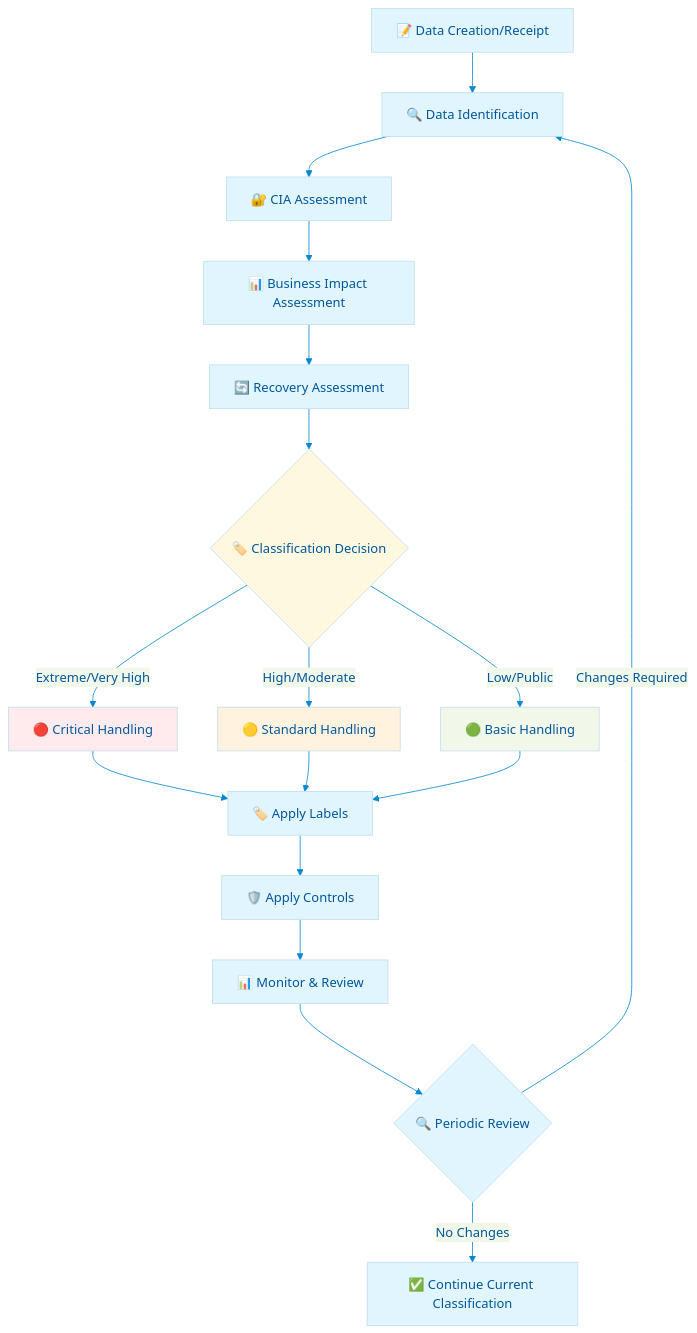
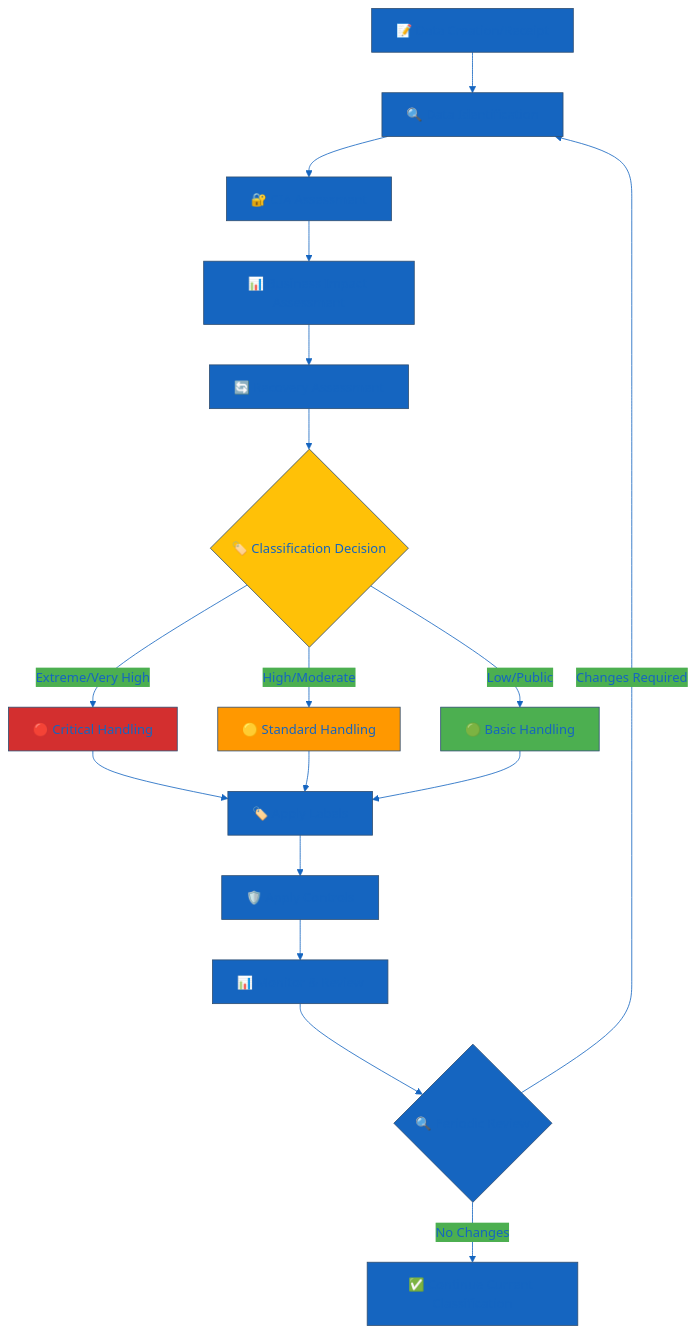
Before and after one commit to Hack23/ISMS-PUBLIC: the fifth of 10 diagrams in Data_Classification_Policy.md, drawn with Mermaid. The commit also changed other lines of this file and 35 other files, not shown here.

````diff
--- a/Data_Classification_Policy.md
+++ b/Data_Classification_Policy.md
@@ -378,41 +378,41 @@
 ```mermaid
 %%{
   init: {
     'theme': 'base',
     'themeVariables': {
-      'primaryColor': '#e1f5fe',
-      'primaryTextColor': '#01579b',
-      'lineColor': '#0288d1',
-      'secondaryColor': '#f1f8e9',
-      'tertiaryColor': '#fff8e1'
+      'primaryColor': '#1565C0',
+      'primaryTextColor': '#1565C0',
+      'lineColor': '#1565C0',
+      'secondaryColor': '#4CAF50',
+      'tertiaryColor': '#FFC107'
     }
   }
 }%%
 flowchart TD
     START[📝 Data Creation/Receipt] --> IDENTIFY[🔍 Data Identification]
     IDENTIFY --> CIA_ASSESS[🔐 CIA Assessment]
     CIA_ASSESS --> IMPACT_ASSESS[📊 Business Impact Assessment]
     IMPACT_ASSESS --> RECOVERY_ASSESS[🔄 Recovery Assessment]
     RECOVERY_ASSESS --> CLASSIFY{🏷️ Classification Decision}
     
     CLASSIFY -->|Extreme/Very High| CRITICAL_HANDLE[🔴 Critical Handling]
     CLASSIFY -->|High/Moderate| STANDARD_HANDLE[🟡 Standard Handling]
     CLASSIFY -->|Low/Public| BASIC_HANDLE[🟢 Basic Handling]
     
     CRITICAL_HANDLE --> LABEL[🏷️ Apply Labels]
     STANDARD_HANDLE --> LABEL
     BASIC_HANDLE --> LABEL
     
     LABEL --> CONTROLS[🛡️ Apply Controls]
     CONTROLS --> MONITOR[📊 Monitor & Review]
     MONITOR --> REVIEW{🔍 Periodic Review}
     
     REVIEW -->|Changes Required| IDENTIFY
     REVIEW -->|No Changes| CONTINUE[✅ Continue Current Classification]
     
-    style START fill:#e1f5fe
-    style CLASSIFY fill:#fff8e1
-    style CRITICAL_HANDLE fill:#ffebee
-    style STANDARD_HANDLE fill:#fff3e0
-    style BASIC_HANDLE fill:#f1f8e9
+    style START fill:#1565C0
+    style CLASSIFY fill:#FFC107
+    style CRITICAL_HANDLE fill:#D32F2F
+    style STANDARD_HANDLE fill:#FF9800
+    style BASIC_HANDLE fill:#4CAF50
 ```
````
